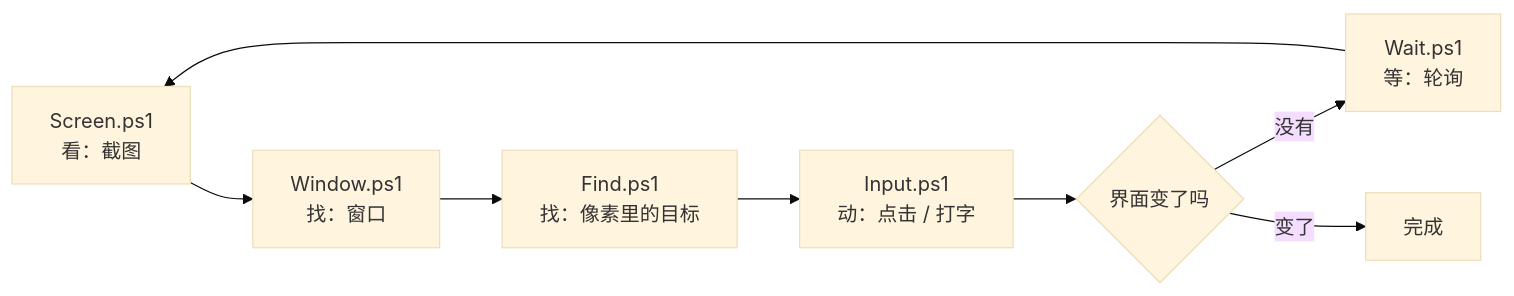
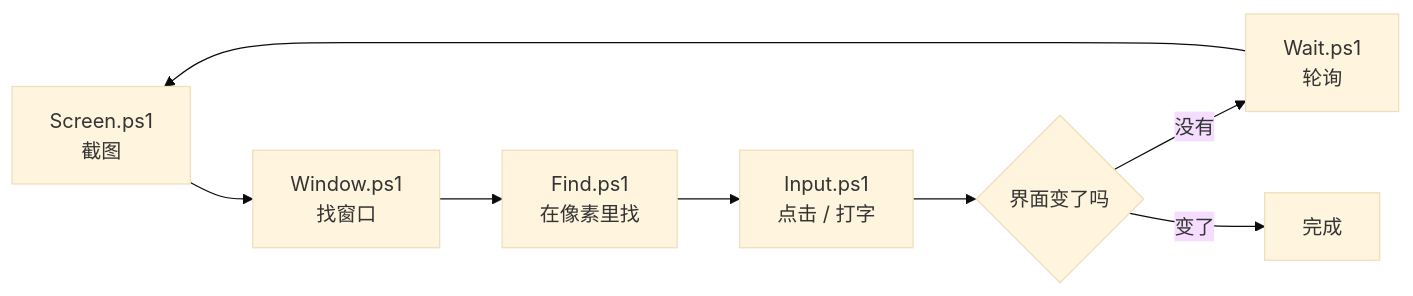
The diagram in docs/why.md (lizijoy/mouse-and-eyes), drawn with Mermaid (base theme) before and after one commit. The commit also changed other lines of this file and 3 other files, not shown here.

````diff
--- a/docs/why.md
+++ b/docs/why.md
@@ -12,15 +11,15 @@
 ```mermaid
 flowchart LR
-    S["Screen.ps1<br/>看：截图"]
-    W["Window.ps1<br/>找：窗口"]
-    F["Find.ps1<br/>找：像素里的目标"]
-    I["Input.ps1<br/>动：点击 / 打字"]
+    S["Screen.ps1<br/>截图"]
+    W["Window.ps1<br/>找窗口"]
+    F["Find.ps1<br/>在像素里找"]
+    I["Input.ps1<br/>点击 / 打字"]
     C{"界面变了吗"}
-    P["Wait.ps1<br/>等：轮询"]
+    P["Wait.ps1<br/>轮询"]
     D["完成"]
 
     S --> W --> F --> I --> C
     C -->|没有| P
     P --> S
     C -->|变了| D
 ```
````
